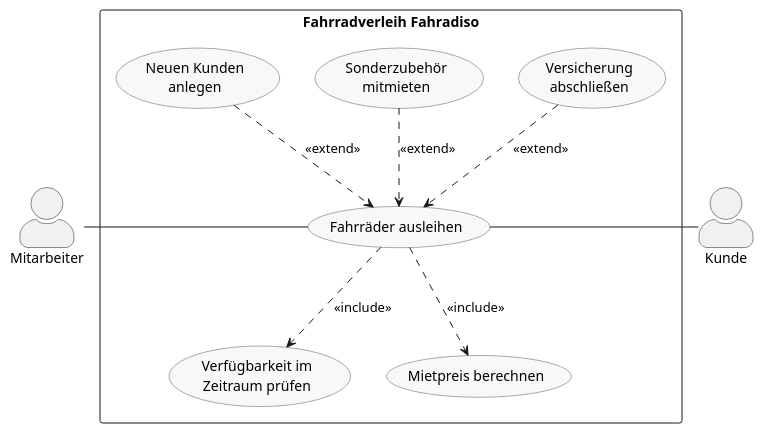
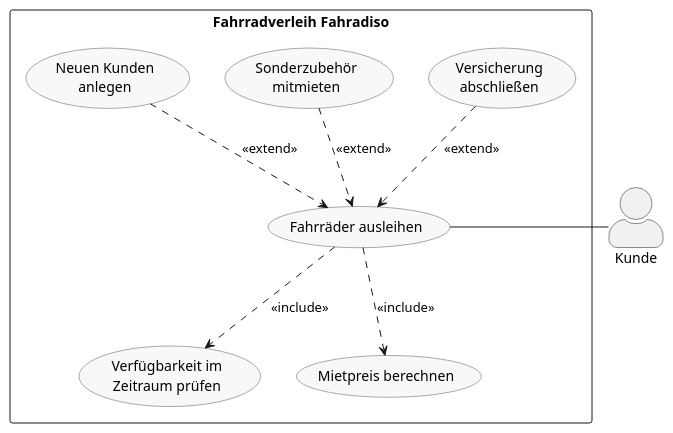
One commit to ihsanaliakbar/Fahrradiso_phpProject changed the diagram in usecase.puml. Above: the diagram before and after it, drawn with PlantUML. The commit also changed 1 other file, not shown here.

Commit message:
Use-Case-Diagramm: Mitarbeiter entfernt, Kunde als einziger Akteur

```diff
--- a/usecase.puml
+++ b/usecase.puml
@@ -1,38 +1,35 @@
 @startuml usecase
 ' Use-Case-Diagramm Fahrradverleih Fahradiso: Fahrräder ausleihen (Teil B)
 skinparam packageStyle rectangle
 skinparam actorStyle awesome
 skinparam usecase {
     BackgroundColor #F8F8F8
     BorderColor #555555
 }
-
-actor "Mitarbeiter" as ma
 
 rectangle "Fahrradverleih Fahradiso" {
     usecase "Versicherung\nabschließen" as UC6
     usecase "Sonderzubehör\nmitmieten" as UC5
     usecase "Neuen Kunden\nanlegen" as UC4
 
     usecase "Fahrräder ausleihen" as UC1
 
     usecase "Verfügbarkeit im\nZeitraum prüfen" as UC2
     usecase "Mietpreis berechnen" as UC3
 }
 
 actor "Kunde" as kunde
 
-' Akteure links und rechts (Linien ohne Pfeilspitze)
-ma -right- UC1
+' Akteur (Linie ohne Pfeilspitze)
 UC1 -right- kunde
 
 ' Optionale Erweiterungen oberhalb
 UC6 .down.> UC1 : <<extend>>
 UC5 .down.> UC1 : <<extend>>
 UC4 .down.> UC1 : <<extend>>
 
 ' Pflichtbestandteile unterhalb
 UC1 .down.> UC2 : <<include>>
 UC1 .down.> UC3 : <<include>>
 
 @enduml
```
